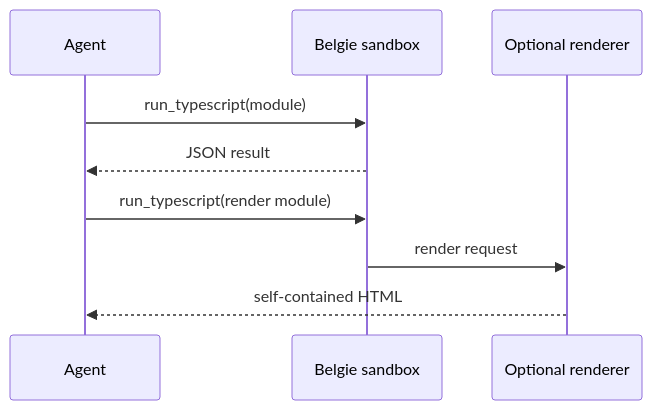
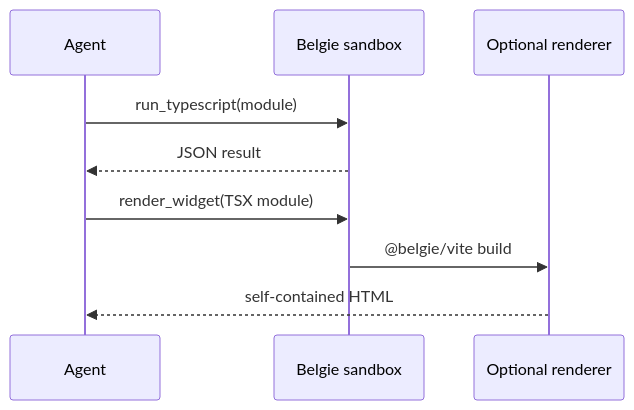
The diagram in docs/agents/overview.md (mplemay/belgie), drawn with Mermaid before and after one commit. The commit also changed other lines of this file and 94 other files, not shown here.

Commit message:
feat: consolidate vite tooling into @belgie/vite (#133)

````diff
--- a/docs/agents/overview.md
+++ b/docs/agents/overview.md
@@ -31,12 +32,12 @@
 ```mermaid
 sequenceDiagram
     participant Agent
     participant Sandbox as Belgie sandbox
     participant Renderer as Optional renderer
 
     Agent->>Sandbox: run_typescript(module)
     Sandbox-->>Agent: JSON result
-    Agent->>Sandbox: run_typescript(render module)
-    Sandbox->>Renderer: render request
+    Agent->>Sandbox: render_widget(TSX module)
+    Sandbox->>Renderer: @belgie/vite build
     Renderer-->>Agent: self-contained HTML
 ```
````
